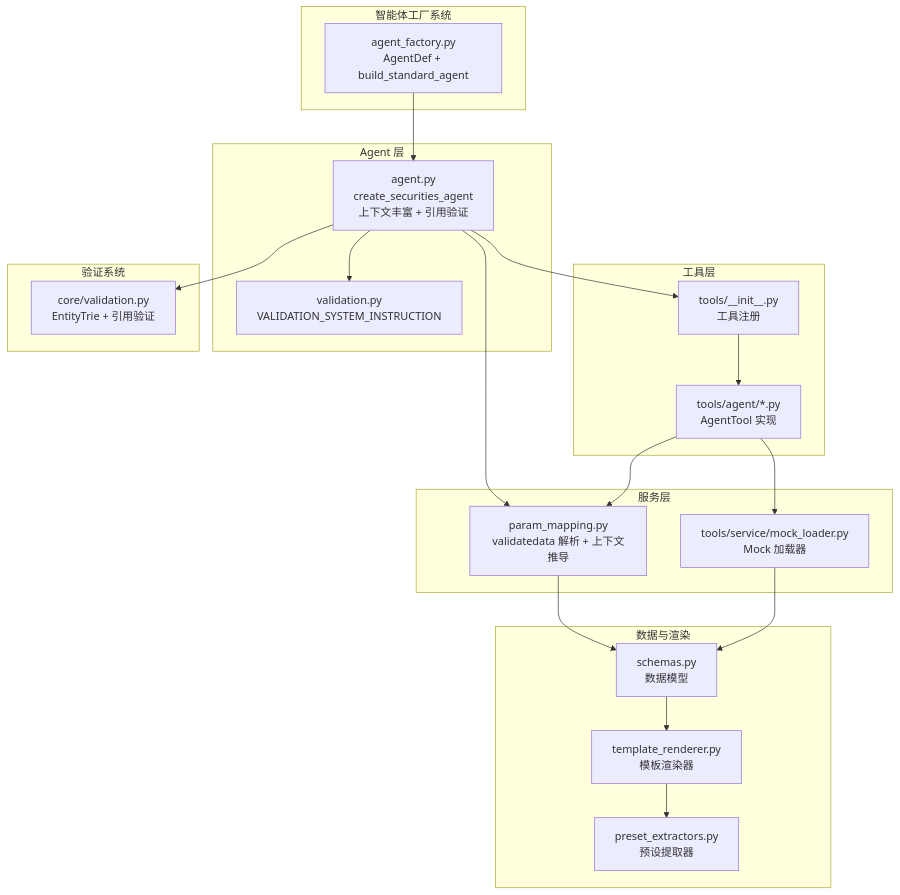
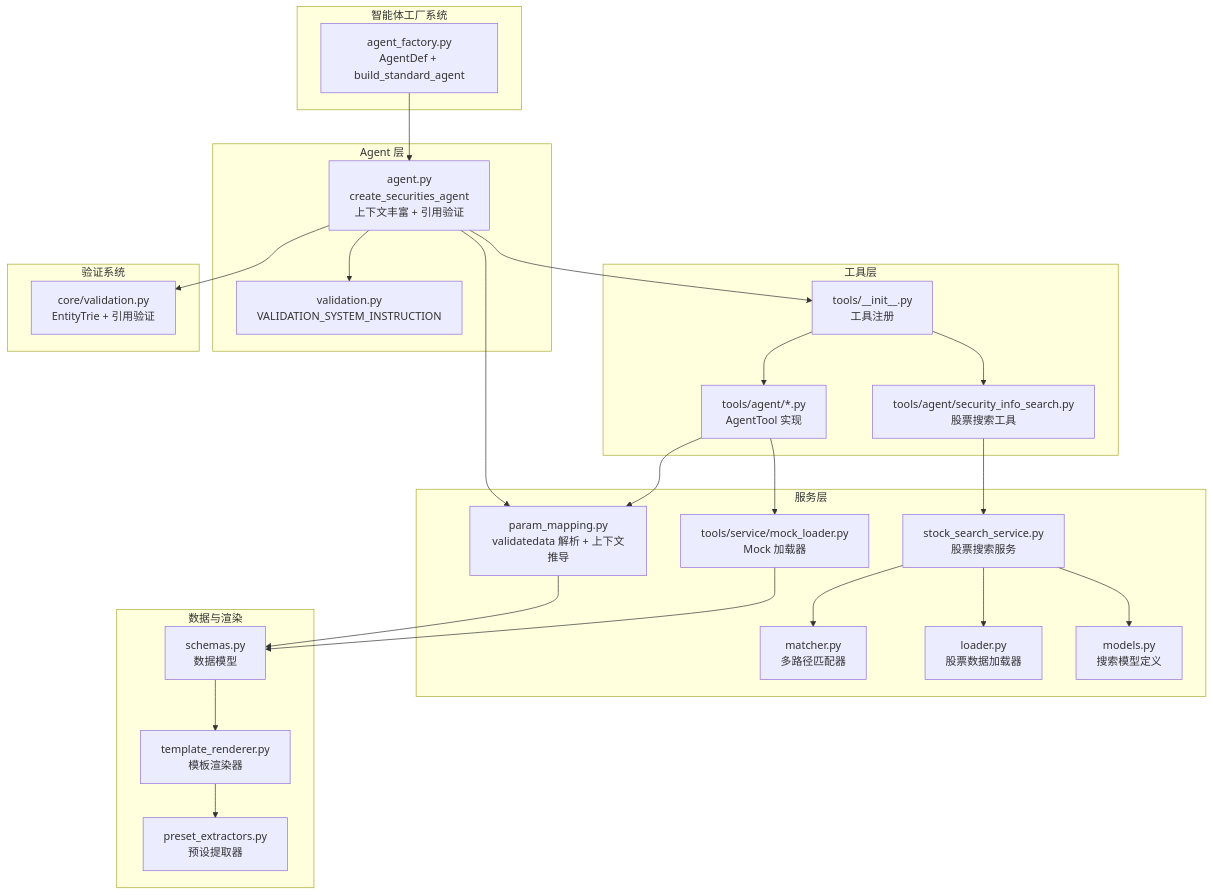
Before and after one commit to YU-JI-KUI/ark-agentic: the first of 8 diagrams in repowiki/zh/content/智能体实现/证券智能体/证券智能体.md, drawn with Mermaid. The commit also changed other lines of this file and 6 other files, not shown here.

````diff
--- a/repowiki/zh/content/智能体实现/证券智能体/证券智能体.md
+++ b/repowiki/zh/content/智能体实现/证券智能体/证券智能体.md
@@ -51,38 +69,48 @@
 ```mermaid
 graph TB
 subgraph "智能体工厂系统"
 AF["agent_factory.py<br/>AgentDef + build_standard_agent"]
 end
 subgraph "Agent 层"
 A["agent.py<br/>create_securities_agent<br/>上下文丰富 + 引用验证"]
 V["validation.py<br/>VALIDATION_SYSTEM_INSTRUCTION"]
 end
 subgraph "工具层"
 T["tools/__init__.py<br/>工具注册"]
 TA["tools/agent/*.py<br/>AgentTool 实现"]
+SI["tools/agent/security_info_search.py<br/>股票搜索工具"]
 end
 subgraph "服务层"
 PM["param_mapping.py<br/>validatedata 解析 + 上下文推导"]
 SM["tools/service/mock_loader.py<br/>Mock 加载器"]
+SS["stock_search_service.py<br/>股票搜索服务"]
+MP["matcher.py<br/>多路径匹配器"]
+LD["loader.py<br/>股票数据加载器"]
+MD["models.py<br/>搜索模型定义"]
 end
 subgraph "数据与渲染"
 SC["schemas.py<br/>数据模型"]
 TR["template_renderer.py<br/>模板渲染器"]
 AE["preset_extractors.py<br/>预设提取器"]
 end
 subgraph "验证系统"
 EV["core/validation.py<br/>EntityTrie + 引用验证"]
 end
 AF --> A
 A --> V
 A --> PM
 A --> EV
 A --> T
 T --> TA
+T --> SI
 TA --> PM
 TA --> SM
+SI --> SS
+SS --> MP
+SS --> LD
+SS --> MD
 PM --> SC
 SM --> SC
 SC --> TR
 TR --> AE
 ```
````
